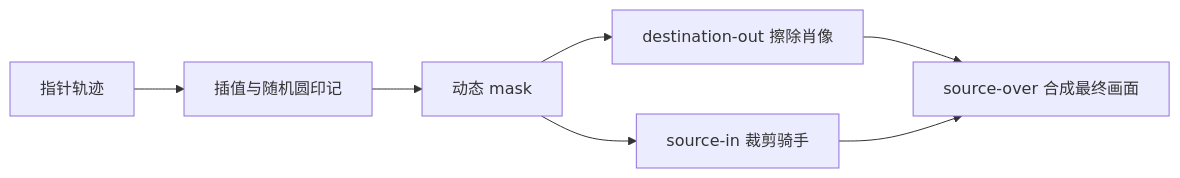
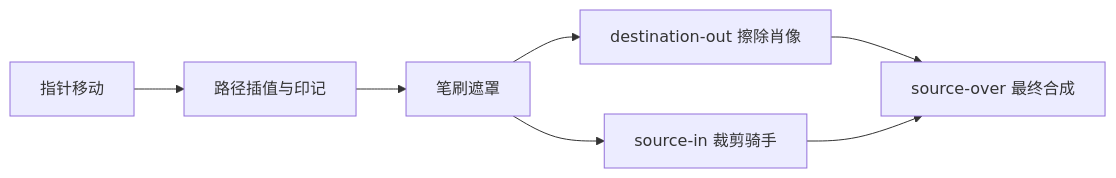
Before and after one commit to ThreshoLdnnis/WebDesign8-Rider: the second of 2 diagrams in README.md, drawn with Mermaid. The commit also changed other lines of this file, not shown here.

````diff
--- a/README.md
+++ b/README.md
@@ -114,9 +403,9 @@
 ```mermaid
 flowchart LR
-  A[指针轨迹] --> B[插值与随机圆印记]
-  B --> C[动态 mask]
-  C --> D[destination-out 擦除肖像]
-  C --> E[source-in 裁剪骑手]
-  D --> F[source-over 合成最终画面]
-  E --> F
+  P[指针移动] --> S[路径插值与印记]
+  S --> M[笔刷遮罩]
+  M --> E[destination-out 擦除肖像]
+  M --> R[source-in 裁剪骑手]
+  E --> C[source-over 最终合成]
+  R --> C
 ```
````
